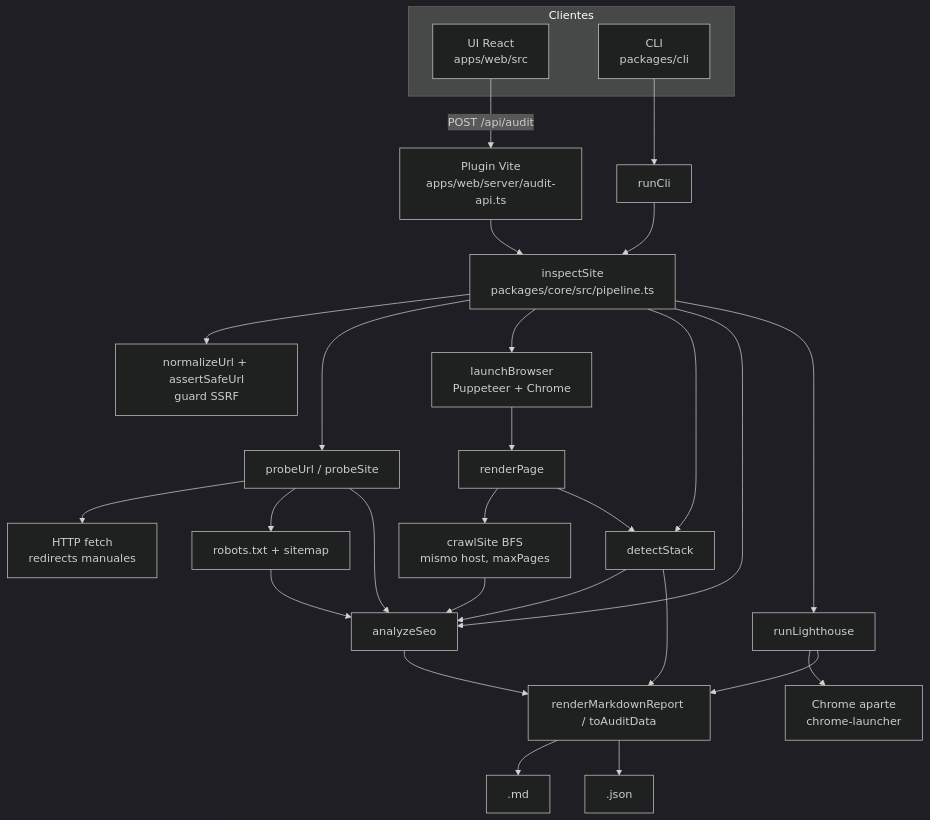
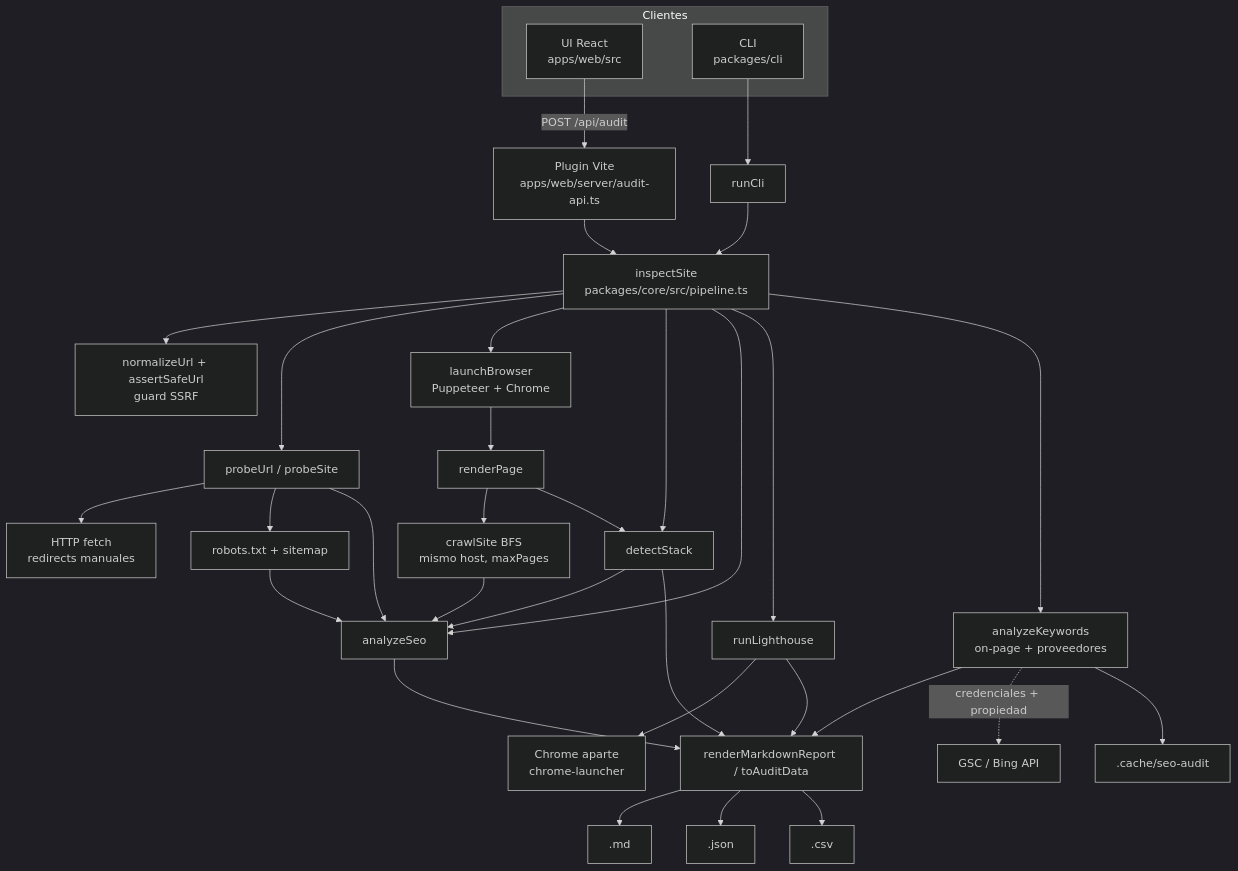
The diagram in docs/architecture.mmd (Neshomago/seo-audit), drawn with Mermaid (dark theme) before and after one commit. The commit also changed 6 other files, not shown here.

```diff
--- a/docs/architecture.mmd
+++ b/docs/architecture.mmd
@@ -1,40 +1,45 @@
 %% SEO Audit - diagrama de arquitectura
 %% Visualizar con GitHub/GitLab, mermaid-cli (mmdc) o cualquier editor compatible.
 flowchart TD
   subgraph Clientes
     UI["UI React<br/>apps/web/src"]
     CLI["CLI<br/>packages/cli"]
   end
 
   UI -->|"POST /api/audit"| API["Plugin Vite<br/>apps/web/server/audit-api.ts"]
   CLI --> RUN["runCli"]
 
   API --> PIPE["inspectSite<br/>packages/core/src/pipeline.ts"]
   RUN --> PIPE
 
   PIPE --> GUARD["normalizeUrl + assertSafeUrl<br/>guard SSRF"]
   PIPE --> PROBE["probeUrl / probeSite"]
   PIPE --> BROWSER["launchBrowser<br/>Puppeteer + Chrome"]
   PIPE --> DETECT["detectStack"]
   PIPE --> SEO["analyzeSeo"]
   PIPE --> LH["runLighthouse"]
+  PIPE --> KEY["analyzeKeywords<br/>on-page + proveedores"]
 
   PROBE --> HTTP["HTTP fetch<br/>redirects manuales"]
   PROBE --> SITE["robots.txt + sitemap"]
 
   BROWSER --> RENDER["renderPage"]
   RENDER --> CRAWL["crawlSite BFS<br/>mismo host, maxPages"]
 
   RENDER --> DETECT
   CRAWL --> SEO
   DETECT --> SEO
   PROBE --> SEO
   SITE --> SEO
 
   LH --> CHROME2["Chrome aparte<br/>chrome-launcher"]
   SEO --> REPORT["renderMarkdownReport / toAuditData"]
   DETECT --> REPORT
   LH --> REPORT
+  KEY --> REPORT
+  KEY -.->|"credenciales + propiedad"| X["GSC / Bing API"]
+  KEY --> CACHE[".cache/seo-audit"]
 
   REPORT --> MD[".md"]
   REPORT --> JSON[".json"]
+  REPORT --> CSV[".csv"]
```
